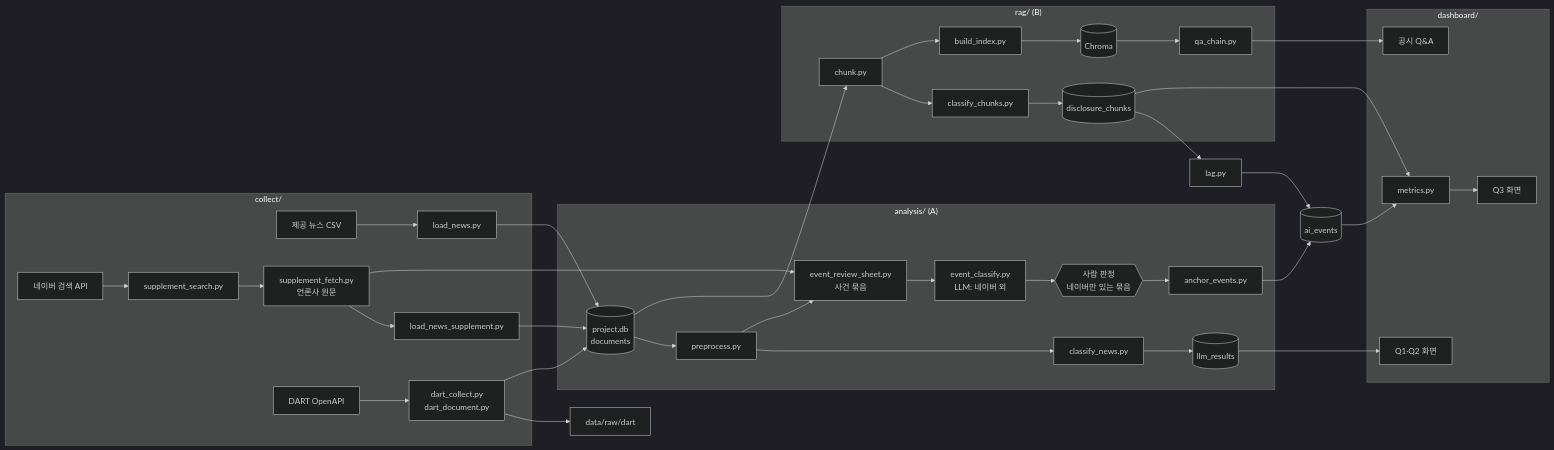
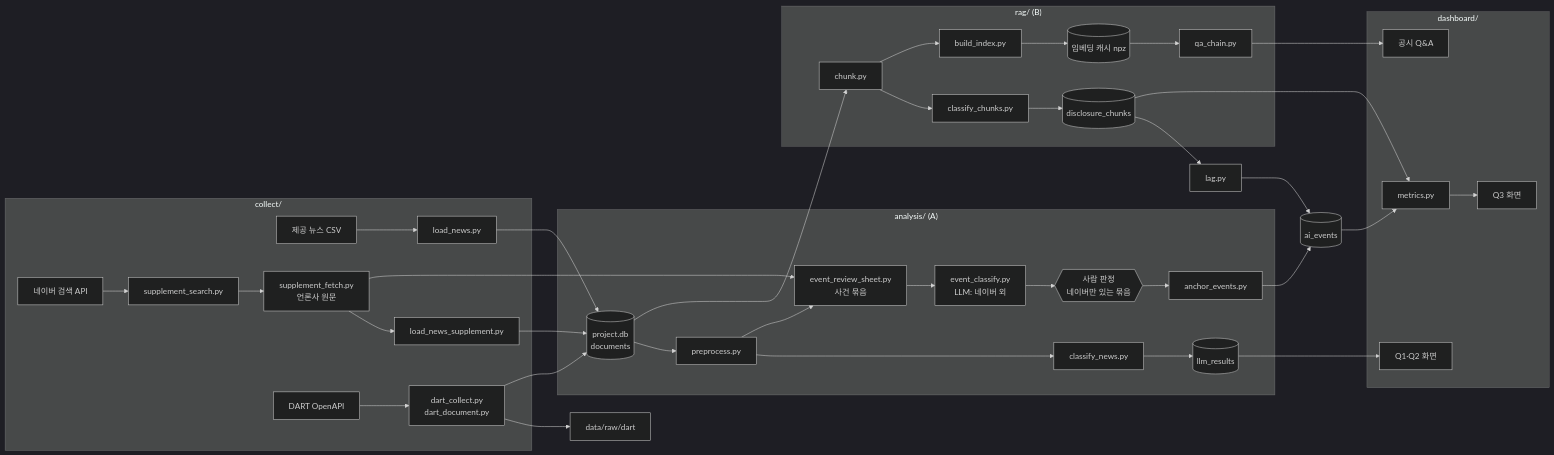
The diagram in docs/PROJECT_STRUCTURE.md (AI-Campus-1st/mid-marketing-insight), drawn with Mermaid (dark theme) before and after one commit. The commit also changed other lines of this file and 4 other files, not shown here.

Commit message:
feat: 검색 파일 미리 만들기 build_index.py (대시보드가 켜질 때 임베딩 API 안 부르게), API 호출 범위 제안 기록

````diff
--- a/docs/PROJECT_STRUCTURE.md
+++ b/docs/PROJECT_STRUCTURE.md
@@ -121,41 +121,41 @@
 ```mermaid
 flowchart LR
     subgraph 수집["collect/"]
         N[제공 뉴스 CSV] --> LN[load_news.py]
         NAPI[네이버 검색 API] --> SS[supplement_search.py] --> SF[supplement_fetch.py<br/>언론사 원문]
         SF --> LS[load_news_supplement.py]
         DART[DART OpenAPI] --> DC[dart_collect.py<br/>dart_document.py]
     end
 
     LN --> DB[(project.db<br/>documents)]
     LS --> DB
     DC --> RAW[data/raw/dart]
     DC --> DB
 
     subgraph 뉴스분석["analysis/ (A)"]
         DB --> PP[preprocess.py] --> CL[classify_news.py]
         CL --> LR[(llm_results)]
         PP --> RS[event_review_sheet.py<br/>사건 묶음]
 
         SF --> RS
         RS --> EC[event_classify.py<br/>LLM: 네이버 외] --> HR{{사람 판정<br/>네이버만 있는 묶음}}
         HR --> AE[anchor_events.py]
     end
 
     subgraph 공시분석["rag/ (B)"]
         DB --> CH[chunk.py] --> CC[classify_chunks.py] --> DCH[(disclosure_chunks)]
-        CH --> BI[build_index.py] --> VDB[(Chroma)]
+        CH --> BI[build_index.py] --> VDB[(임베딩 캐시 npz)]
         VDB --> QA[qa_chain.py]
     end
 
     AE --> EV[(ai_events)]
     DCH --> LAG[lag.py] --> EV
     EV --> MT[metrics.py]
     DCH --> MT
 
     subgraph 화면["dashboard/"]
         LR --> Q12[Q1·Q2 화면]
         MT --> Q3[Q3 화면]
         QA --> QAT[공시 Q&A]
     end
 ```
````
